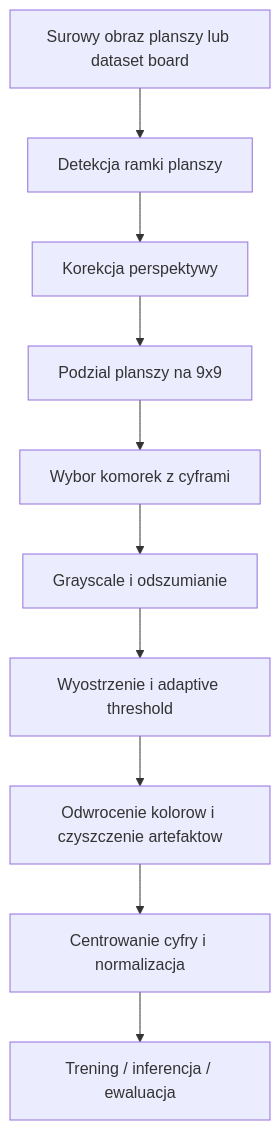
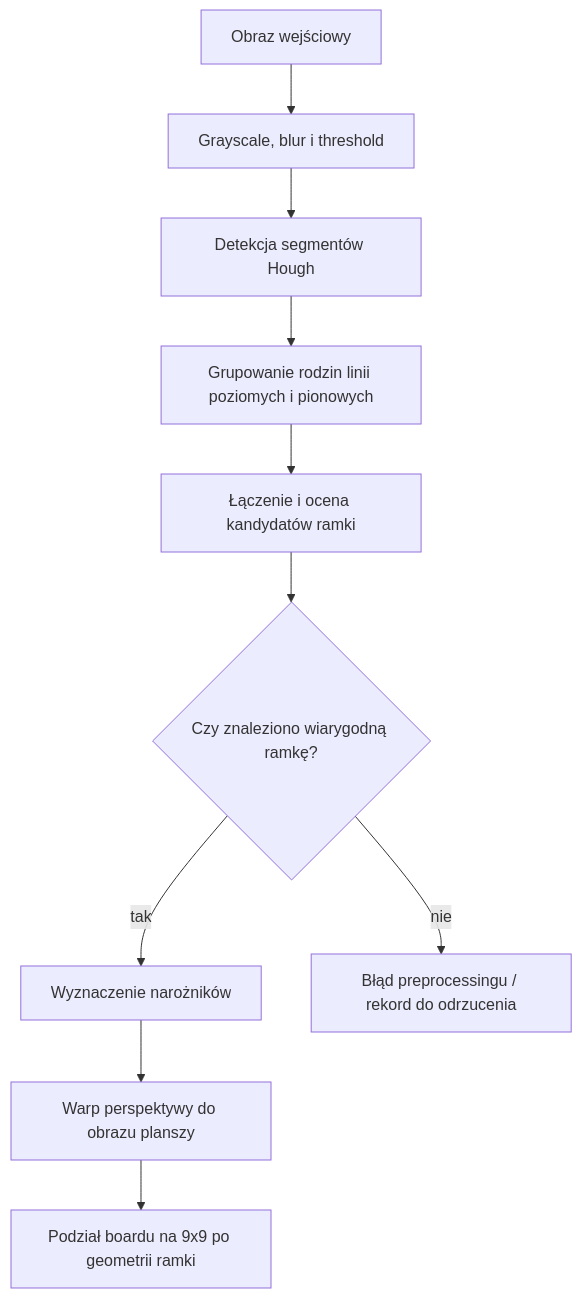
One commit to ML-Experts/sudoku changed the sixth of 11 diagrams in README.md. Above: the diagram before and after it, drawn with Mermaid. The commit also changed other lines of this file and 13 other files, not shown here.

````diff
--- a/README.md
+++ b/README.md
@@ -577,12 +283,12 @@
 ```mermaid
 flowchart TD
-    A[Surowy obraz planszy lub dataset board] --> B[Detekcja ramki planszy]
-    B --> C[Korekcja perspektywy]
-    C --> D[Podzial planszy na 9x9]
-    D --> E[Wybor komorek z cyframi]
-    E --> F[Grayscale i odszumianie]
-    F --> G[Wyostrzenie i adaptive threshold]
-    G --> H[Odwrocenie kolorow i czyszczenie artefaktow]
-    H --> I[Centrowanie cyfry i normalizacja]
-    I --> J[Trening / inferencja / ewaluacja]
+    A[Obraz wejściowy] --> B[Grayscale, blur i threshold]
+    B --> C[Detekcja segmentów Hough]
+    C --> D[Grupowanie rodzin linii poziomych i pionowych]
+    D --> E[Łączenie i ocena kandydatów ramki]
+    E --> F{Czy znaleziono wiarygodną ramkę?}
+    F -->|tak| G[Wyznaczenie narożników]
+    G --> H[Warp perspektywy do obrazu planszy]
+    H --> I[Podział boardu na 9x9 po geometrii ramki]
+    F -->|nie| J[Błąd preprocessingu / rekord do odrzucenia]
 ```
````
